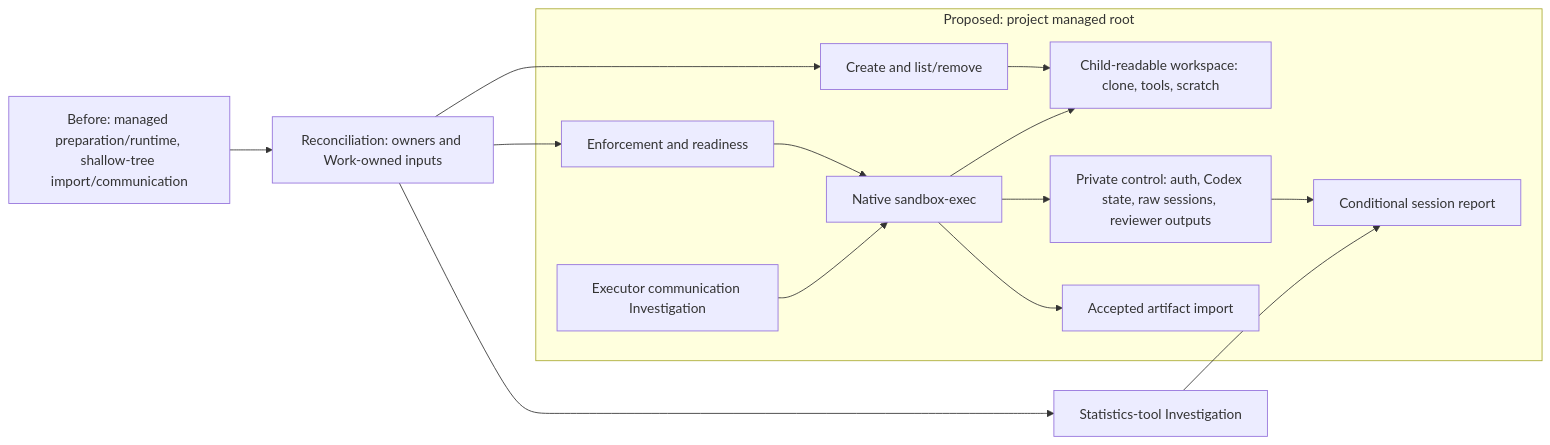
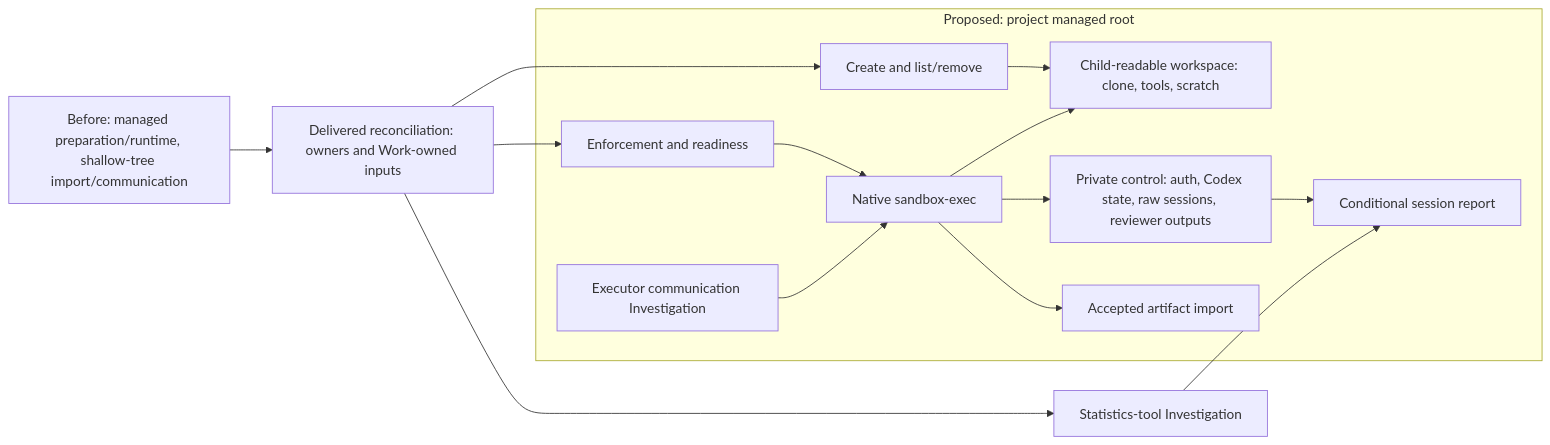
The diagram in doc/feat/evaluation-sandboxes/README.md (msitarz/ataraxia), drawn with Mermaid before and after one commit. The commit also changed other lines of this file and 4 other files, not shown here.

````diff
--- a/doc/feat/evaluation-sandboxes/README.md
+++ b/doc/feat/evaluation-sandboxes/README.md
@@ -28,20 +28,20 @@
 ```mermaid
 flowchart LR
     B[Before: managed preparation/runtime, shallow-tree import/communication]
-    B --> G[Reconciliation: owners and Work-owned inputs]
+    B --> G[Delivered reconciliation: owners and Work-owned inputs]
     subgraph Proposed[Proposed: project managed root]
         W[Child-readable workspace: clone, tools, scratch]
         P[Private control: auth, Codex state, raw sessions, reviewer outputs]
         C[Create and list/remove] --> W
         E[Enforcement and readiness] --> X[Native sandbox-exec]
         X --> W
         X --> P
         X --> A[Accepted artifact import]
         Q[Executor communication Investigation] --> X
         P --> R[Conditional session report]
     end
     G --> C
     G --> E
     G --> I[Statistics-tool Investigation]
     I --> R
 ```
````
